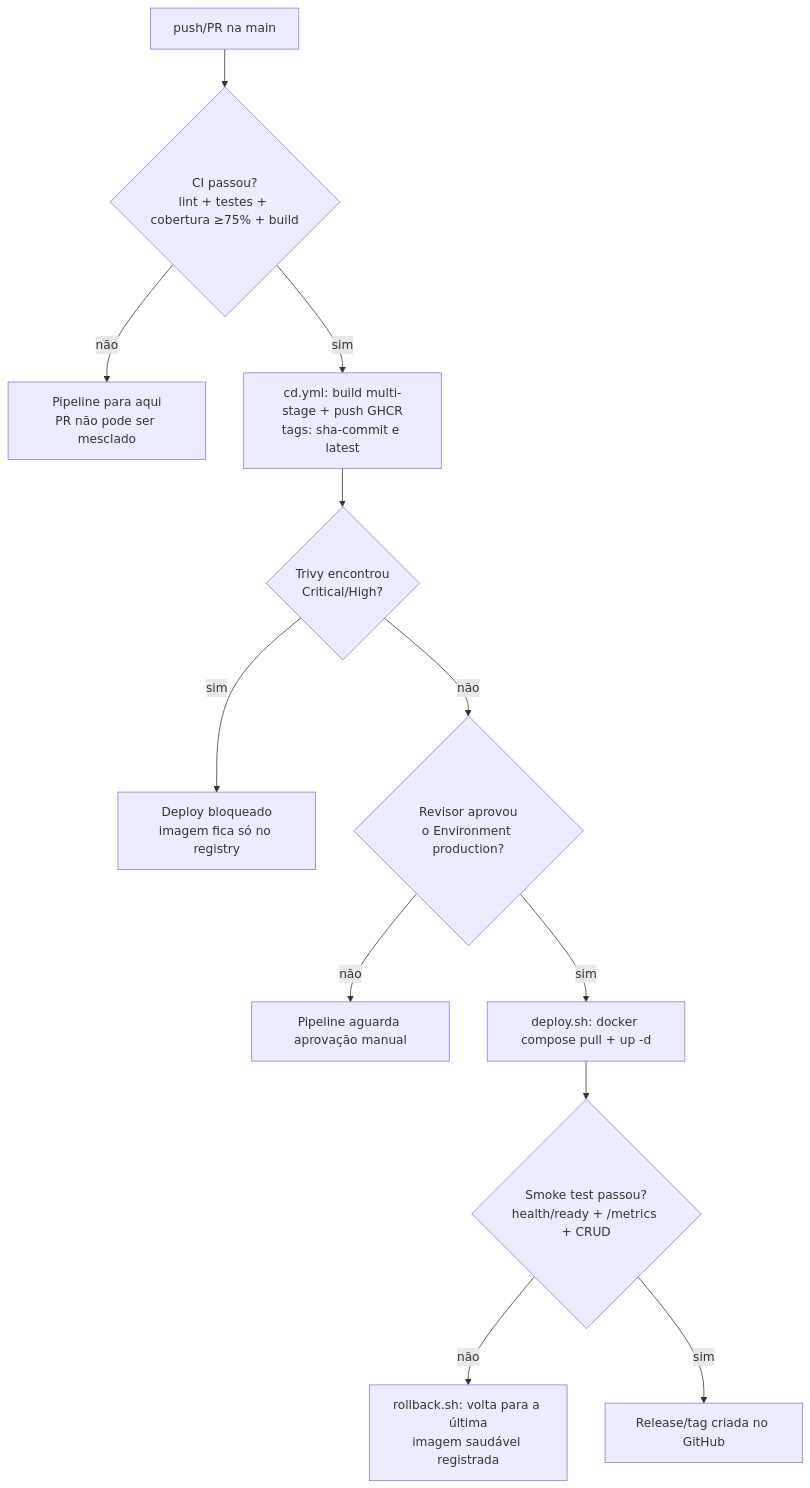
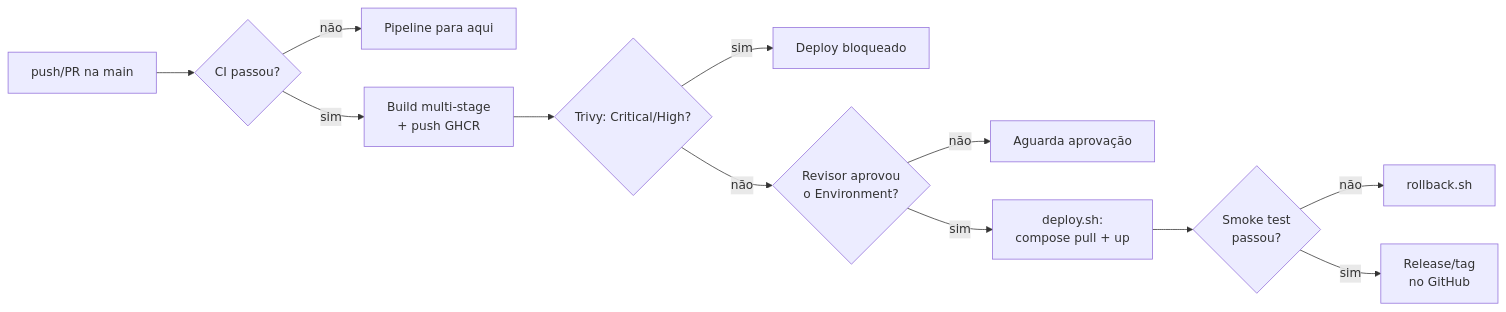
The second of 4 diagrams in docs/fluxograma-devops.md (PatriciaSSRS/taskflow-api), drawn with Mermaid before and after one commit. The commit also changed 1 other file, not shown here.

Commit message:
docs: redesenha o fluxograma 2 (gatilhos e decisão) em layout horizontal
A versão vertical anterior ficava com proporção 1:2.8, difícil de
aproveitar num slide; o layout LR usado nos outros três diagramas fica
mais legível e consistente entre eles.

````diff
--- a/docs/fluxograma-devops.md
+++ b/docs/fluxograma-devops.md
@@ -30,14 +30,14 @@
 ```mermaid
-flowchart TD
-    Push[push/PR na main] --> CI{CI passou?<br/>lint + testes + cobertura ≥75% + build}
-    CI -->|não| FimCI[Pipeline para aqui<br/>PR não pode ser mesclado]
-    CI -->|sim| Build[cd.yml: build multi-stage + push GHCR<br/>tags: sha-commit e latest]
-    Build --> Trivy{Trivy encontrou<br/>Critical/High?}
-    Trivy -->|sim| FimTrivy[Deploy bloqueado<br/>imagem fica só no registry]
-    Trivy -->|não| Aprov{Revisor aprovou<br/>o Environment production?}
-    Aprov -->|não| Espera[Pipeline aguarda aprovação manual]
-    Aprov -->|sim| Deploy[deploy.sh: docker compose pull + up -d]
-    Deploy --> Smoke{Smoke test passou?<br/>health/ready + /metrics + CRUD}
-    Smoke -->|não| Rollback[rollback.sh: volta para a última<br/>imagem saudável registrada]
-    Smoke -->|sim| Release[Release/tag criada no GitHub]
+flowchart LR
+    Push[push/PR na main] --> CI{CI passou?}
+    CI -->|não| FimCI[Pipeline para aqui]
+    CI -->|sim| Build[Build multi-stage<br/>+ push GHCR]
+    Build --> Trivy{Trivy: Critical/High?}
+    Trivy -->|sim| FimTrivy[Deploy bloqueado]
+    Trivy -->|não| Aprov{Revisor aprovou<br/>o Environment?}
+    Aprov -->|não| Espera[Aguarda aprovação]
+    Aprov -->|sim| Deploy[deploy.sh:<br/>compose pull + up]
+    Deploy --> Smoke{Smoke test<br/>passou?}
+    Smoke -->|não| Rollback[rollback.sh]
+    Smoke -->|sim| Release[Release/tag<br/>no GitHub]
 ```
````
